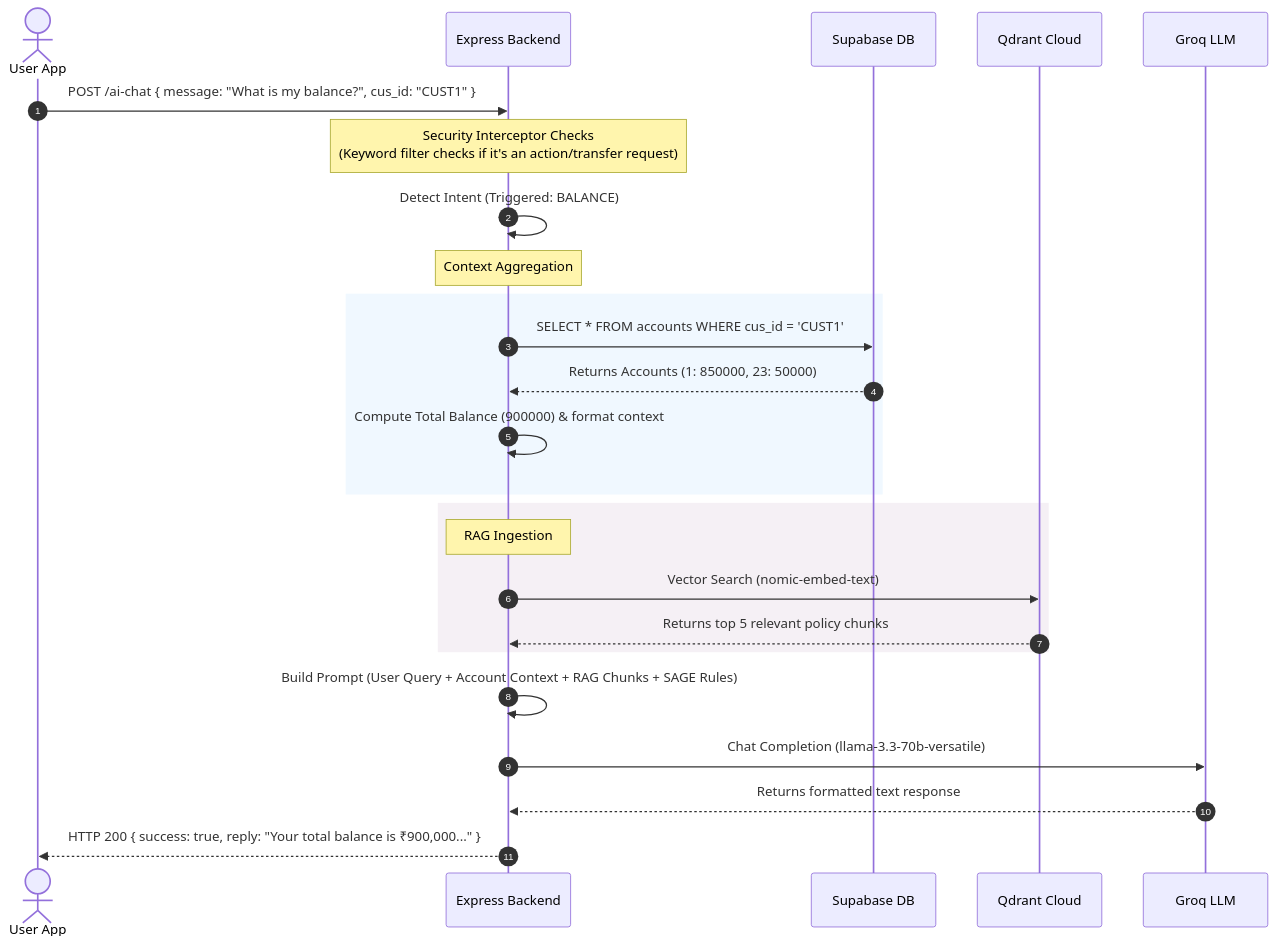
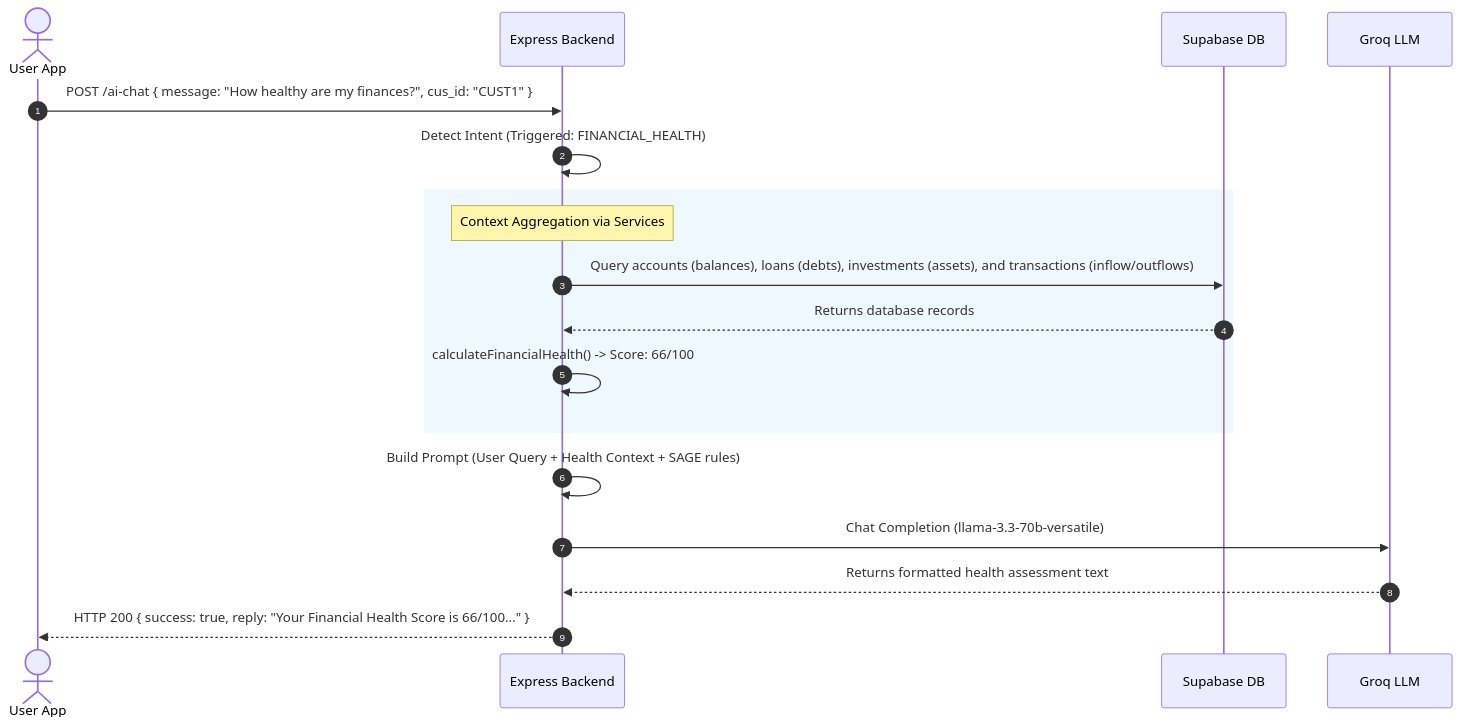
One commit to Aurindom971/WealthWise-app-PSB-Hackathon-2026 changed the second of 2 diagrams in docs/ARCHITECTURE.md. Above: the diagram before and after it, drawn with Mermaid. The commit also changed other lines of this file and 12 other files, not shown here.

````diff
--- a/docs/ARCHITECTURE.md
+++ b/docs/ARCHITECTURE.md
@@ -64,32 +78,24 @@
 ```mermaid
 sequenceDiagram
     autonumber
     actor User as User App
     participant BE as Express Backend
     participant DB as Supabase DB
-    participant Qdrant as Qdrant Cloud
     participant Groq as Groq LLM
 
-    User->>BE: POST /ai-chat { message: "What is my balance?", cus_id: "CUST1" }
+    User->>BE: POST /ai-chat { message: "How healthy are my finances?", cus_id: "CUST1" }
     
-    note over BE: Security Interceptor Checks<br/>(Keyword filter checks if it's an action/transfer request)
-    BE->>BE: Detect Intent (Triggered: BALANCE)
+    BE->>BE: Detect Intent (Triggered: FINANCIAL_HEALTH)
     
-    note over BE: Context Aggregation
     rect rgb(240, 248, 255)
-        BE->>DB: SELECT * FROM accounts WHERE cus_id = 'CUST1'
-        DB-->>BE: Returns Accounts (1: 850000, 23: 50000)
-        BE->>BE: Compute Total Balance (900000) & format context
+        note over BE: Context Aggregation via Services
+        BE->>DB: Query accounts (balances), loans (debts), investments (assets), and transactions (inflow/outflows)
+        DB-->>BE: Returns database records
+        BE->>BE: calculateFinancialHealth() -> Score: 66/100
     end
 
-    rect rgb(245, 240, 245)
-        note over BE: RAG Ingestion
-        BE->>Qdrant: Vector Search (nomic-embed-text)
-        Qdrant-->>BE: Returns top 5 relevant policy chunks
-    end
-
-    BE->>BE: Build Prompt (User Query + Account Context + RAG Chunks + SAGE Rules)
+    BE->>BE: Build Prompt (User Query + Health Context + SAGE rules)
     BE->>Groq: Chat Completion (llama-3.3-70b-versatile)
-    Groq-->>BE: Returns formatted text response
-    BE-->>User: HTTP 200 { success: true, reply: "Your total balance is ₹900,000..." }
+    Groq-->>BE: Returns formatted health assessment text
+    BE-->>User: HTTP 200 { success: true, reply: "Your Financial Health Score is 66/100..." }
 ```
````
